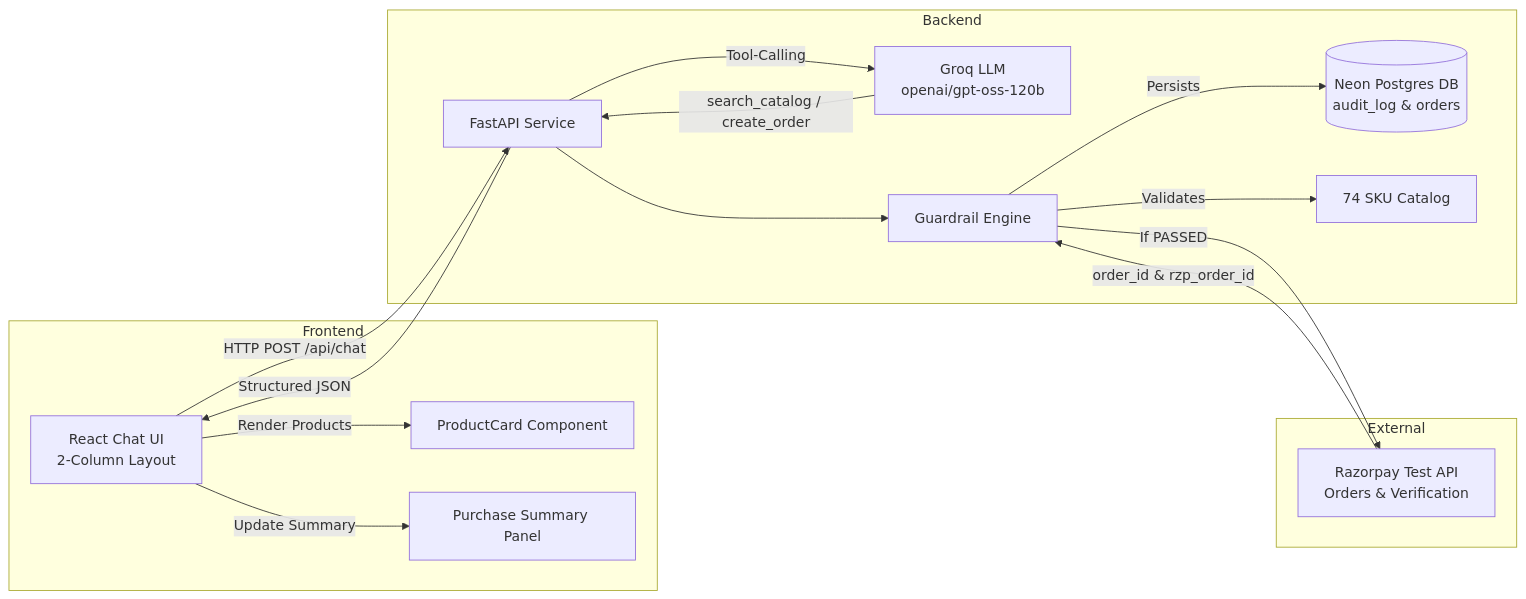
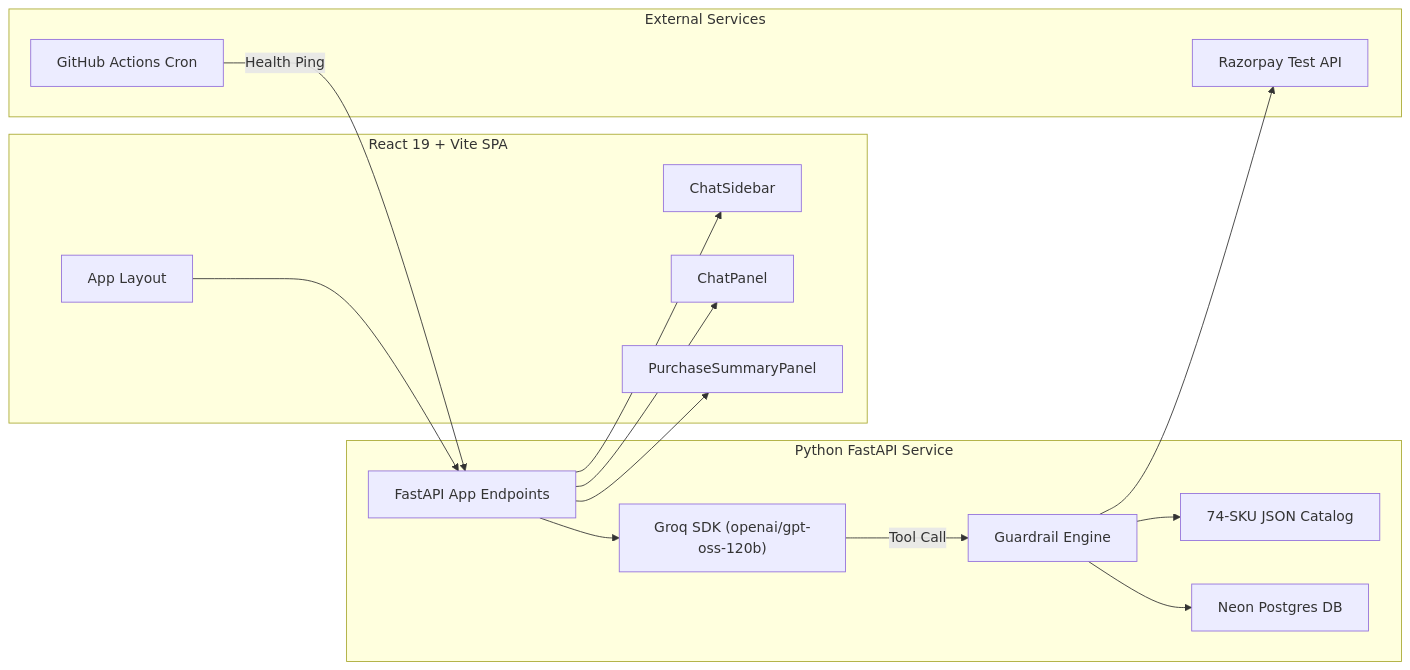
Before and after one commit to Vijajraj/Razorpay_checkout_agent: the second of 6 diagrams in README.md, drawn with Mermaid. The commit also changed other lines of this file, not shown here.

Commit message:
docs: remove all emojis from README, add Mermaid diagrams, and enhance architecture documentation

````diff
--- a/README.md
+++ b/README.md
@@ -67,32 +123,33 @@
 ```mermaid
 graph LR
-    subgraph Frontend
-        A[React Chat UI<br/>2-Column Layout]
-        PC[ProductCard Component]
-        PS[Purchase Summary Panel]
+    subgraph Frontend ["React 19 + Vite SPA"]
+        UI["App Layout"]
+        CS["ChatSidebar"]
+        CP["ChatPanel"]
+        PSP["PurchaseSummaryPanel"]
     end
 
-    subgraph Backend
-        B[FastAPI Service]
-        C[Groq LLM<br/>openai/gpt-oss-120b]
-        D[Guardrail Engine]
-        DB[(Neon Postgres DB<br/>audit_log & orders)]
-        F[74 SKU Catalog]
+    subgraph Backend ["Python FastAPI Service"]
+        API["FastAPI App Endpoints"]
+        LLM["Groq SDK (openai/gpt-oss-120b)"]
+        GE["Guardrail Engine"]
+        CAT["74-SKU JSON Catalog"]
+        DB["Neon Postgres DB"]
     end
 
-    subgraph External
-        G[Razorpay Test API<br/>Orders & Verification]
+    subgraph External ["External Services"]
+        RZP["Razorpay Test API"]
+        GH["GitHub Actions Cron"]
     end
 
-    A -- HTTP POST /api/chat --> B
-    B -- Tool-Calling --> C
-    C -- search_catalog / create_order --> B
-    B --> D
-    D -- Validates --> F
-    D -- Persists --> DB
-    D -- If PASSED --> G
-    G -- order_id & rzp_order_id --> D
-    B -- Structured JSON --> A
-    A -- Render Products --> PC
-    A -- Update Summary --> PS
+    UI --> API
+    API --> LLM
+    LLM -- Tool Call --> GE
+    GE --> CAT
+    GE --> DB
+    GE --> RZP
+    GH -- Health Ping --> API
+    API --> CS
+    API --> CP
+    API --> PSP
 ```
````
